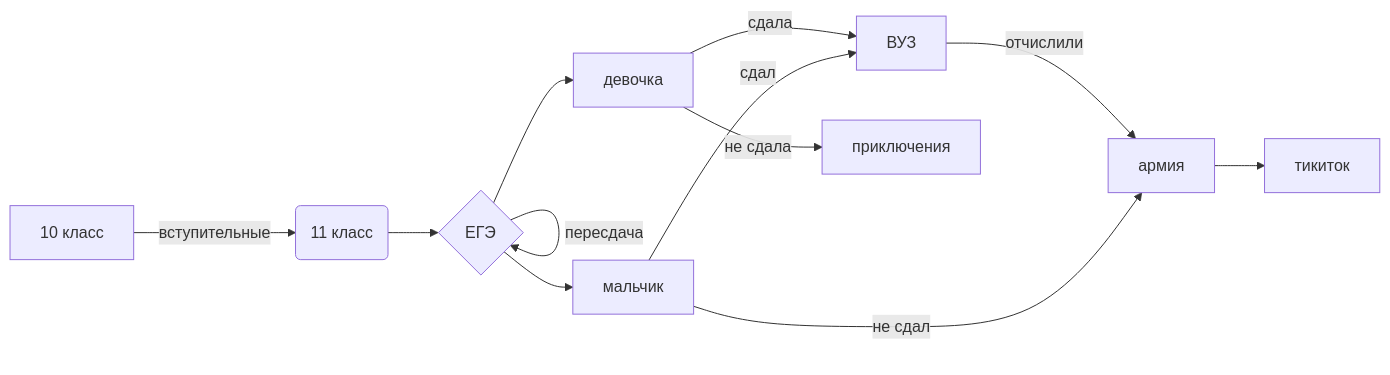
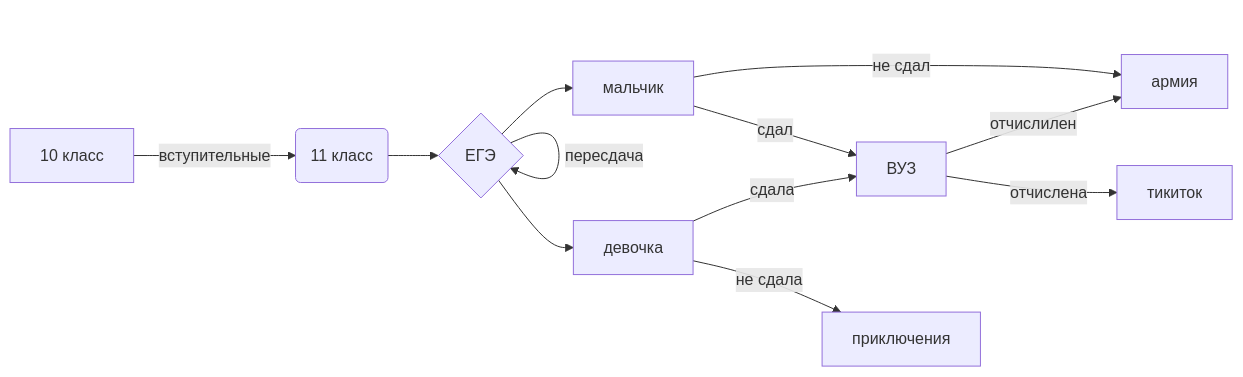
Before and after one commit to HaterYuumi/-051: the diagram in README.md, drawn with Mermaid.

````diff
--- a/README.md
+++ b/README.md
@@ -23,15 +23,15 @@
 ```mermaid
 flowchart LR
 
 A[10 класс] -->|вступительные| B(11 класс)
 B --> C{ЕГЭ}
 C -->|пересдача| C
 C --> D[мальчик]
 C --> E[девочка]
 D --> |не сдал| F[армия]
 D --> |сдал| G[ВУЗ]
-G -->|отчислили| F
-F --> I[тикиток]
+G -->|отчислилен| F
+G -->|отчислена| I[тикиток]
 E --> |сдалa| G
 E --> |не сдала| H[приключения]
 ```
````
